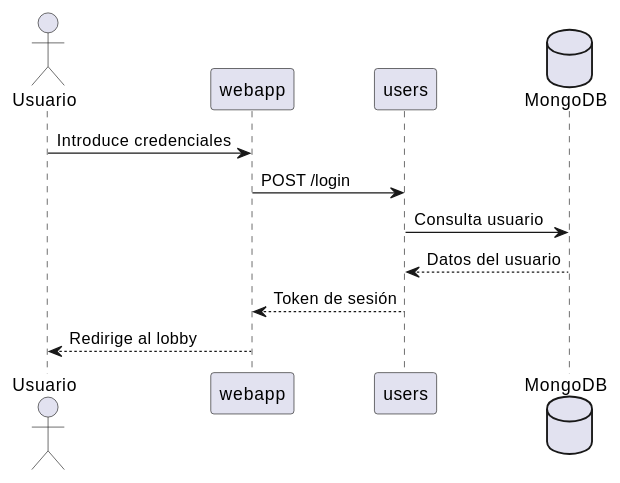
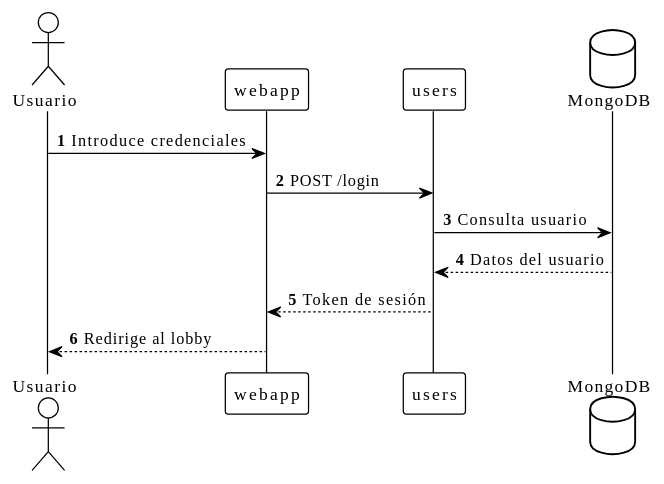
The first of 7 diagrams in docs/src/06_runtime_view.adoc (Arquisoft/yovi_es2a), drawn with PlantUML before and after one commit. The commit also changed other lines of this file and 2 other files, not shown here.

```diff
--- a/docs/src/06_runtime_view.adoc
+++ b/docs/src/06_runtime_view.adoc
@@ -11,16 +11,20 @@
 [plantuml, runtime-login, png]
 ....
 @startuml
+!theme plain
+autonumber
+skinparam monochrome true
+
 actor Usuario
 participant "webapp" as web
 participant "users" as users
 database "MongoDB" as mongo
 
 Usuario -> web: Introduce credenciales
 web -> users: POST /login
 users -> mongo: Consulta usuario
 mongo --> users: Datos del usuario
 users --> web: Token de sesión
 web --> Usuario: Redirige al lobby
 @enduml
 ....
```
